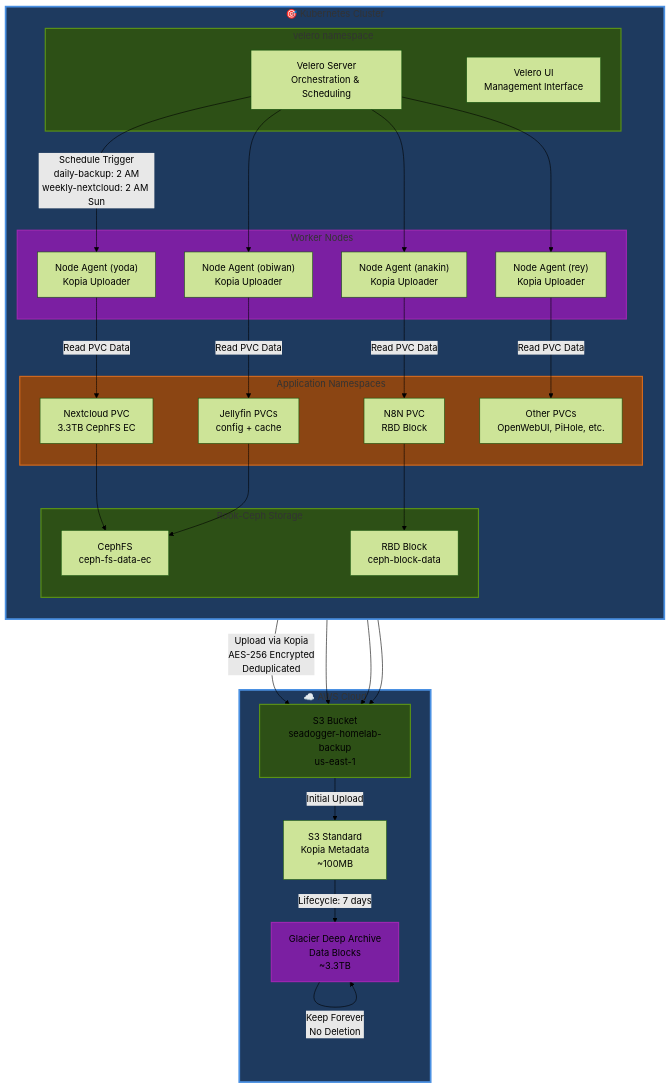
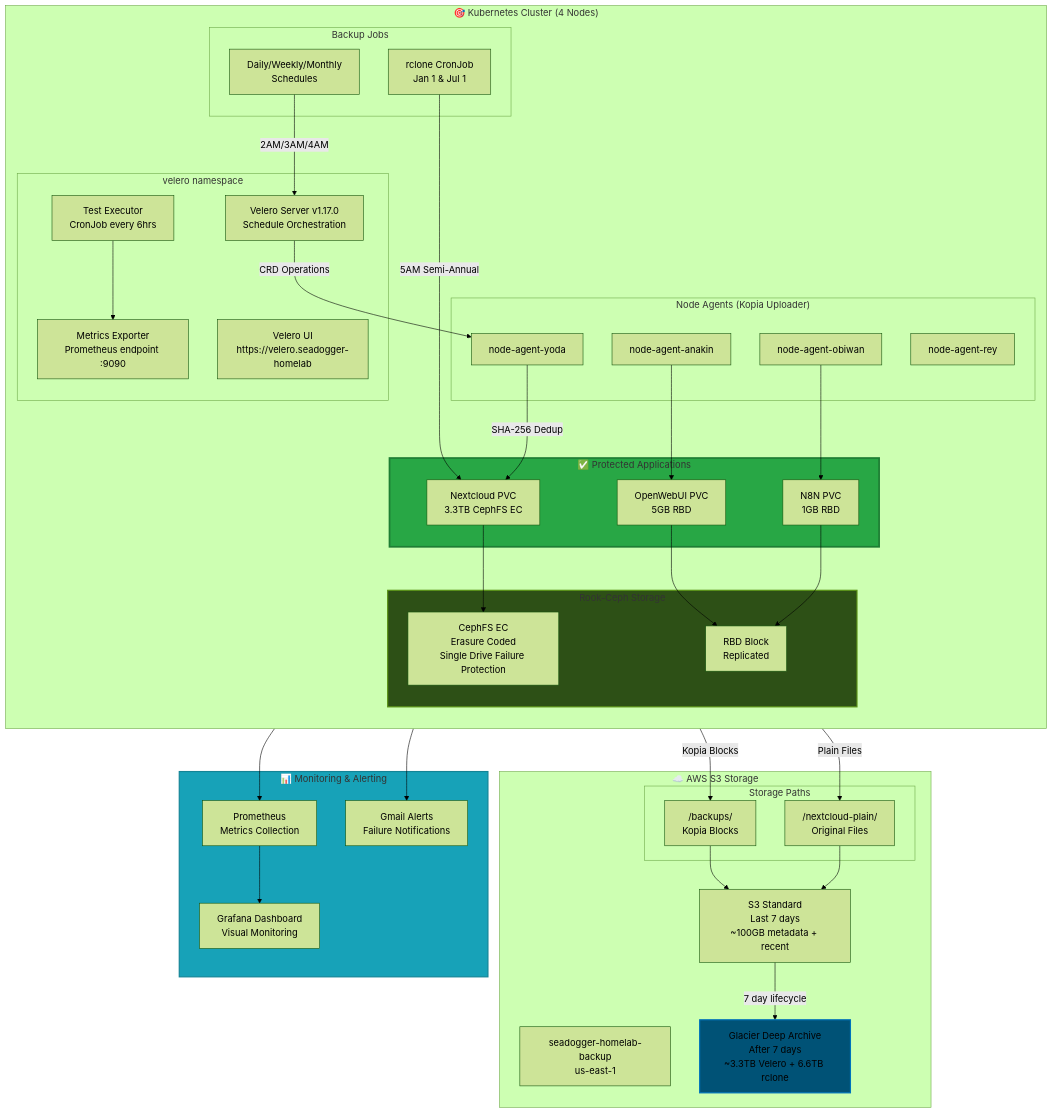
One commit to seadogger-tech/seadogger-homelab changed the first of 2 diagrams in docs/wiki/23-Disaster-Recovery-Restore.md. Above: the diagram before and after it, drawn with Mermaid (forest theme). The commit also changed other lines of this file, not shown here.

````diff
--- a/docs/wiki/23-Disaster-Recovery-Restore.md
+++ b/docs/wiki/23-Disaster-Recovery-Restore.md
@@ -39,67 +63,83 @@
 ```mermaid
 graph TB
-    subgraph K8s["🎯 Kubernetes Cluster"]
+    subgraph K8s["🎯 Kubernetes Cluster (4 Nodes)"]
         direction TB
+        
         subgraph VeleroNS["velero namespace"]
-            VeleroServer["Velero Server<br/>Orchestration & Scheduling"]
-            VeleroUI["Velero UI<br/>Management Interface"]
+            VeleroServer["Velero Server v1.17.0<br/>Schedule Orchestration"]
+            VeleroUI["Velero UI<br/>https://velero.seadogger-homelab"]
+            TestRunner["Test Executor<br/>CronJob every 6hrs"]
+            Metrics["Metrics Exporter<br/>Prometheus endpoint :9090"]
         end
 
-        subgraph Nodes["Worker Nodes"]
-            NodeAgent1["Node Agent (yoda)<br/>Kopia Uploader"]
-            NodeAgent2["Node Agent (anakin)<br/>Kopia Uploader"]
-            NodeAgent3["Node Agent (obiwan)<br/>Kopia Uploader"]
-            NodeAgent4["Node Agent (rey)<br/>Kopia Uploader"]
+        subgraph NodeAgents["Node Agents (Kopia Uploader)"]
+            Agent1["node-agent-yoda"]
+            Agent2["node-agent-anakin"]
+            Agent3["node-agent-obiwan"]
+            Agent4["node-agent-rey"]
         end
 
-        subgraph Apps["Application Namespaces"]
+        subgraph Protected["✅ Protected Applications"]
             NextcloudPVC["Nextcloud PVC<br/>3.3TB CephFS EC"]
-            N8NPVC["N8N PVC<br/>RBD Block"]
-            JellyfinPVC["Jellyfin PVCs<br/>config + cache"]
-            OtherPVCs["Other PVCs<br/>OpenWebUI, PiHole, etc."]
+            OpenWebUIPVC["OpenWebUI PVC<br/>5GB RBD"]
+            N8NPVC["N8N PVC<br/>1GB RBD"]
+        end
+
+        subgraph BackupJobs["Backup Jobs"]
+            VeleroSchedules["Daily/Weekly/Monthly<br/>Schedules"]
+            RcloneCron["rclone CronJob<br/>Jan 1 & Jul 1"]
         end
 
         subgraph Storage["Rook-Ceph Storage"]
-            CephFS["CephFS<br/>ceph-fs-data-ec"]
-            CephRBD["RBD Block<br/>ceph-block-data"]
+            CephFS["CephFS EC<br/>Erasure Coded<br/>Single Drive Failure Protection"]
+            CephRBD["RBD Block<br/>Replicated"]
         end
     end
 
-    subgraph AWS["☁️ AWS Cloud"]
-        S3Bucket["S3 Bucket<br/>seadogger-homelab-backup<br/>us-east-1"]
-        S3Standard["S3 Standard<br/>Kopia Metadata<br/>~100MB"]
-        DeepArchive["Glacier Deep Archive<br/>Data Blocks<br/>~3.3TB"]
+    subgraph AWS["☁️ AWS S3 Storage"]
+        S3Bucket["seadogger-homelab-backup<br/>us-east-1"]
+        
+        subgraph Paths["Storage Paths"]
+            VeleroPath["/backups/<br/>Kopia Blocks"]
+            RclonePath["/nextcloud-plain/<br/>Original Files"]
+        end
+        
+        S3Standard["S3 Standard<br/>Last 7 days<br/>~100GB metadata + recent"]
+        DeepArchive["Glacier Deep Archive<br/>After 7 days<br/>~3.3TB Velero + 6.6TB rclone"]
     end
 
-    VeleroServer -->|"Schedule Trigger<br/>daily-backup: 2 AM<br/>weekly-nextcloud: 2 AM Sun"| NodeAgent1
-    VeleroServer --> NodeAgent2
-    VeleroServer --> NodeAgent3
-    VeleroServer --> NodeAgent4
+    subgraph Monitoring["📊 Monitoring & Alerting"]
+        Prometheus["Prometheus<br/>Metrics Collection"]
+        Grafana["Grafana Dashboard<br/>Visual Monitoring"]
+        Gmail["Gmail Alerts<br/>Failure Notifications"]
+    end
 
-    NodeAgent1 -->|"Read PVC Data"| NextcloudPVC
-    NodeAgent2 -->|"Read PVC Data"| N8NPVC
-    NodeAgent3 -->|"Read PVC Data"| JellyfinPVC
-    NodeAgent4 -->|"Read PVC Data"| OtherPVCs
+    VeleroServer -->|"CRD Operations"| Agent1
+    VeleroSchedules -->|"2AM/3AM/4AM"| VeleroServer
+    RcloneCron -->|"5AM Semi-Annual"| NextcloudPVC
+    
+    Agent1 -->|"SHA-256 Dedup"| NextcloudPVC
+    Agent2 --> OpenWebUIPVC
+    Agent3 --> N8NPVC
+    
+    NextcloudPVC --> CephFS
+    OpenWebUIPVC --> CephRBD
+    N8NPVC --> CephRBD
+    
+    Agent1 -->|"Kopia Blocks"| VeleroPath
+    RcloneCron -->|"Plain Files"| RclonePath
+    
+    VeleroPath --> S3Standard
+    RclonePath --> S3Standard
+    S3Standard -->|"7 day lifecycle"| DeepArchive
+    
+    TestRunner --> Metrics
+    Metrics --> Prometheus
+    Prometheus --> Grafana
+    VeleroServer --> Gmail
 
-    NextcloudPVC --> CephFS
-    N8NPVC --> CephRBD
-    JellyfinPVC --> CephFS
-
-    NodeAgent1 -->|"Upload via Kopia<br/>AES-256 Encrypted<br/>Deduplicated"| S3Bucket
-    NodeAgent2 --> S3Bucket
-    NodeAgent3 --> S3Bucket
-    NodeAgent4 --> S3Bucket
-
-    S3Bucket -->|"Initial Upload"| S3Standard
-    S3Standard -->|"Lifecycle: 7 days"| DeepArchive
-    DeepArchive -->|"Keep Forever<br/>No Deletion"| DeepArchive
-
-    style K8s fill:#1e3a5f,stroke:#4a90e2,stroke-width:3px
-    style VeleroNS fill:#2d5016,stroke:#5a9216,stroke-width:2px
-    style Nodes fill:#7b1fa2,stroke:#9c27b0,stroke-width:2px
-    style Apps fill:#8b4513,stroke:#d2691e,stroke-width:2px
+    style Protected fill:#28a745,stroke:#1e7e34,stroke-width:3px
     style Storage fill:#2d5016,stroke:#5a9216,stroke-width:2px
-    style AWS fill:#1e3a5f,stroke:#4a90e2,stroke-width:3px
-    style S3Bucket fill:#2d5016,stroke:#5a9216,stroke-width:2px
-    style DeepArchive fill:#7b1fa2,stroke:#9c27b0,stroke-width:2px
+    style Monitoring fill:#17a2b8,stroke:#138496,stroke-width:2px
+    style DeepArchive fill:#005276,stroke:#0073bb,stroke-width:2px
 ```
````
